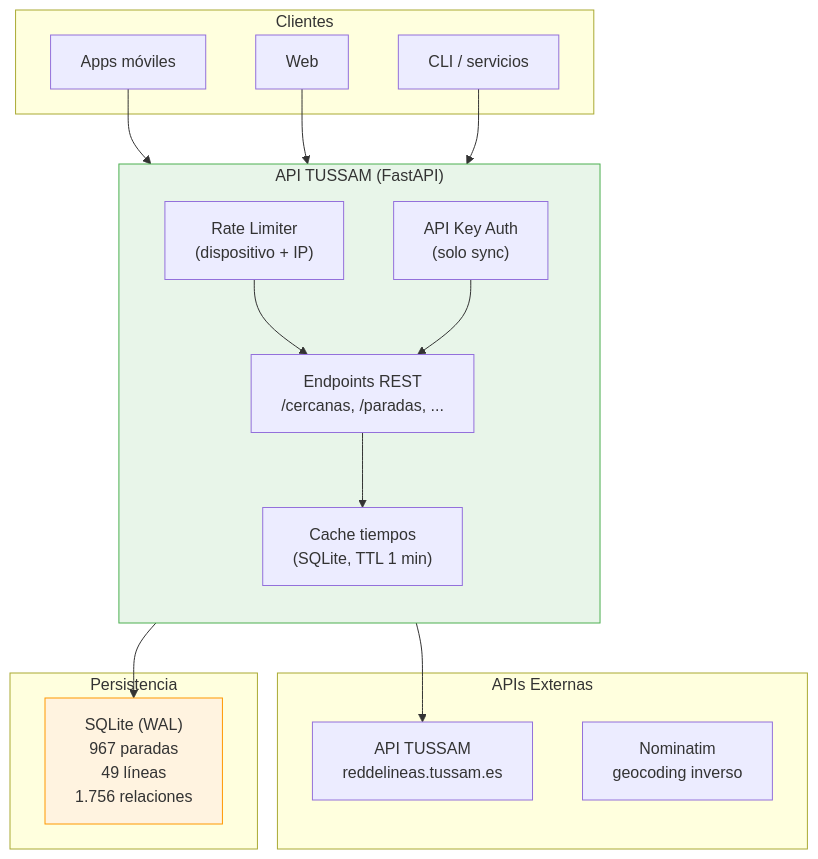
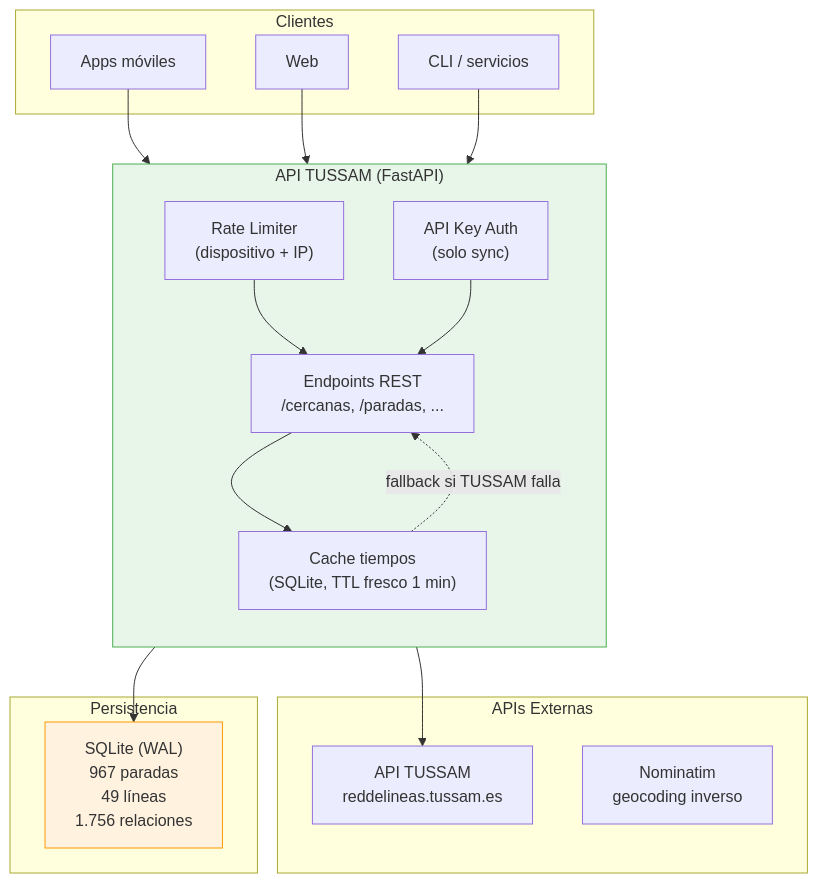
One commit to 686f6c61/API-TUSSAM changed the first of 3 diagrams in README.md. Above: the diagram before and after it, drawn with Mermaid. The commit also changed other lines of this file and 11 other files, not shown here.

````diff
--- a/README.md
+++ b/README.md
@@ -33,37 +35,38 @@
 ```mermaid
 flowchart TB
     subgraph Clientes["Clientes"]
         App["Apps móviles"]
         Web["Web"]
         CLI["CLI / servicios"]
     end
 
     subgraph API["API TUSSAM (FastAPI)"]
         direction TB
         RL["Rate Limiter\n(dispositivo + IP)"]
         Auth["API Key Auth\n(solo sync)"]
         EP["Endpoints REST\n/cercanas, /paradas, ..."]
-        Cache["Cache tiempos\n(SQLite, TTL 1 min)"]
+        Cache["Cache tiempos\n(SQLite, TTL fresco 1 min)"]
     end
 
     subgraph Externo["APIs Externas"]
         TUSSAM["API TUSSAM\nreddelineas.tussam.es"]
         Nominatim["Nominatim\ngeocoding inverso"]
     end
 
     subgraph Almacenamiento["Persistencia"]
         SQLite["SQLite (WAL)\n967 paradas\n49 líneas\n1.756 relaciones"]
     end
 
     App --> RL
     Web --> RL
     CLI --> RL
     RL --> EP
     EP --> Cache
     Cache --> TUSSAM
+    Cache -.->|"fallback si TUSSAM falla"| EP
     EP --> SQLite
     Auth --> EP
 
     style API fill:#e8f5e9,stroke:#4caf50
     style SQLite fill:#fff3e0,stroke:#ff9800
 ```
````
